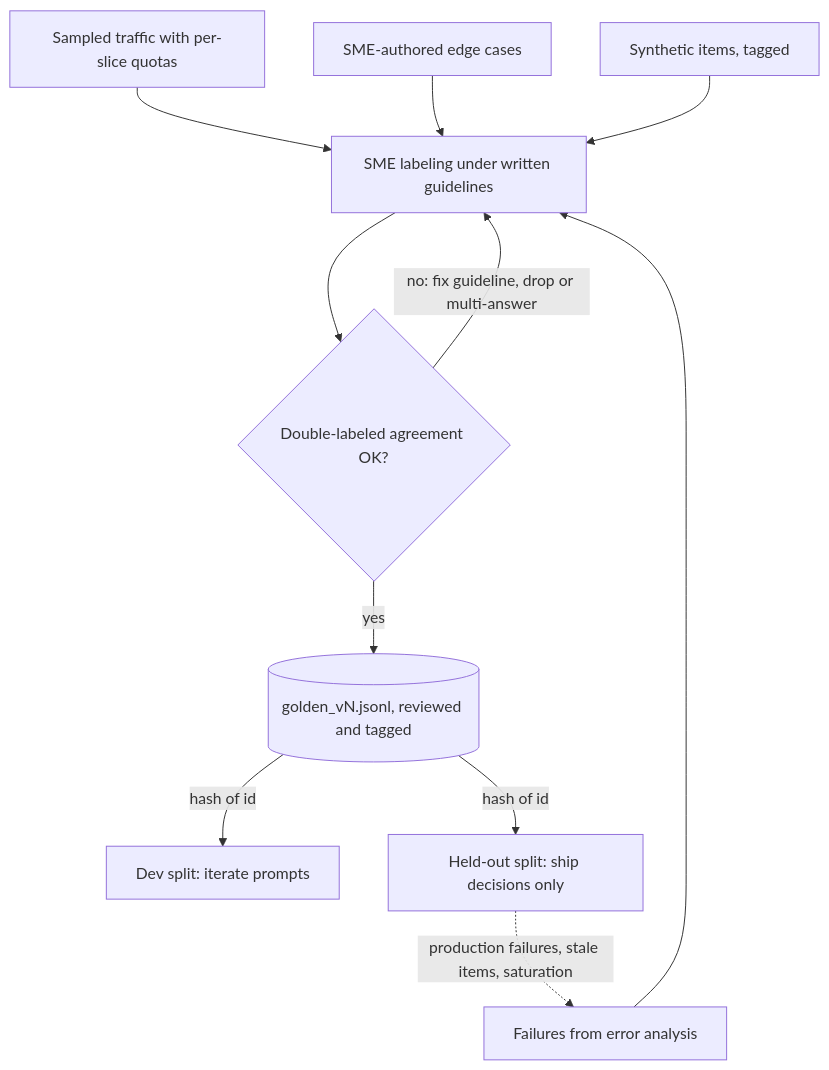
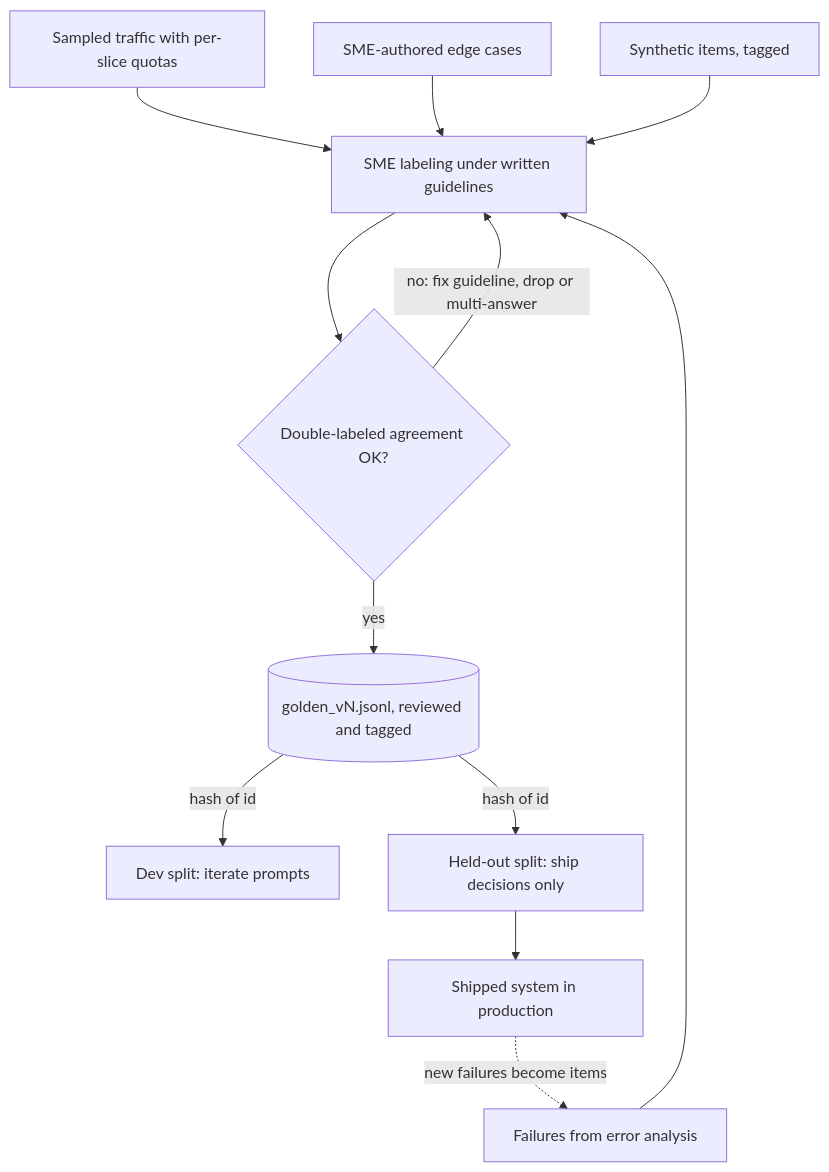
The diagram in content/evals/golden-dataset.md (lovishmahajan97/agentic-learning), drawn with Mermaid before and after one commit. The commit also changed other lines of this file and 278 other files, not shown here.

````diff
--- a/content/evals/golden-dataset.md
+++ b/content/evals/golden-dataset.md
@@ -127,13 +130,14 @@
 ```mermaid
 flowchart TD
     L["Sampled traffic with per-slice quotas"] --> LB["SME labeling under written guidelines"]
     E["Failures from error analysis"] --> LB
     X["SME-authored edge cases"] --> LB
     Y["Synthetic items, tagged"] --> LB
     LB --> AG{"Double-labeled agreement OK?"}
     AG -->|"no: fix guideline, drop or multi-answer"| LB
     AG -->|"yes"| V[("golden_vN.jsonl, reviewed and tagged")]
     V -->|"hash of id"| DV["Dev split: iterate prompts"]
     V -->|"hash of id"| HO["Held-out split: ship decisions only"]
-    HO -.->|"production failures, stale items, saturation"| E
+    HO --> P["Shipped system in production"]
+    P -.->|"new failures become items"| E
 ```
````
